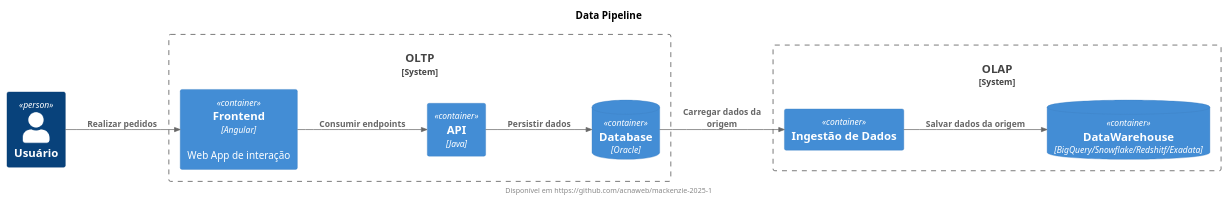
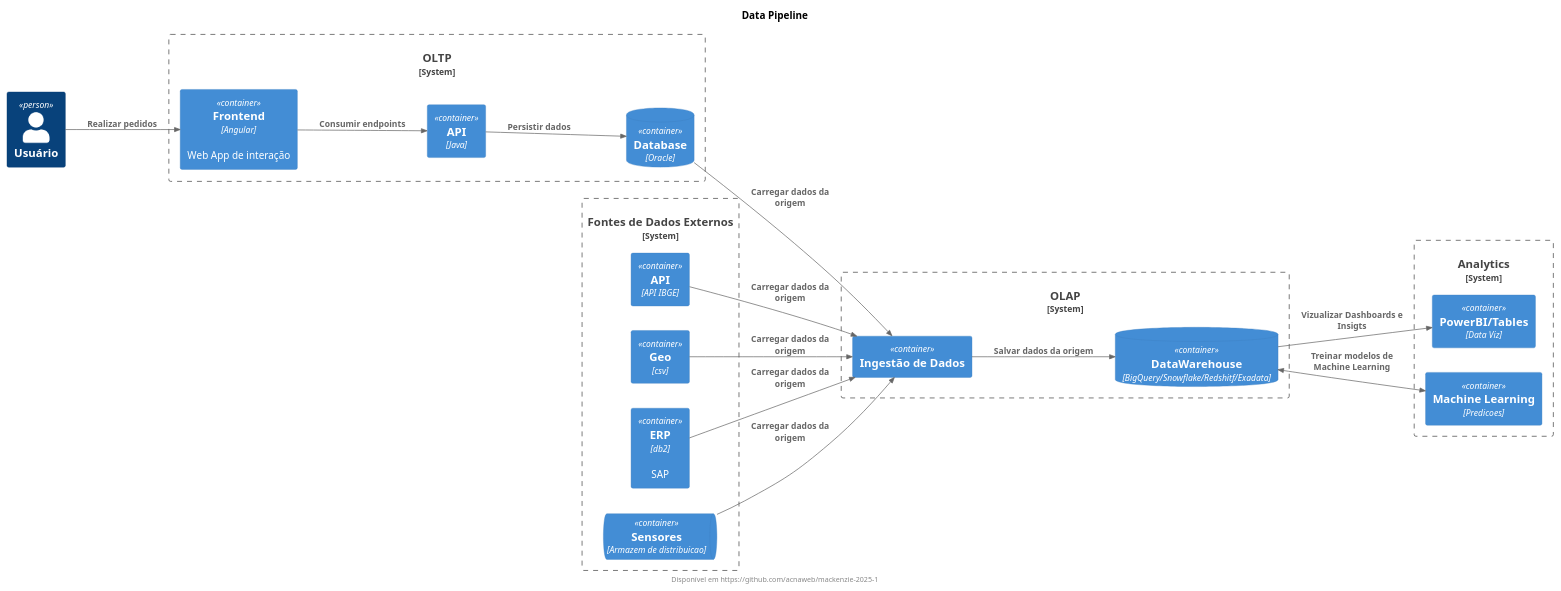
The diagram in diagrams/data_pipeline.puml (almeidacra/aula2025_1_DBRE-), drawn with PlantUML before and after one commit.

Commit message:
novos meios de entrada

```diff
--- a/diagrams/data_pipeline.puml
+++ b/diagrams/data_pipeline.puml
@@ -1,28 +1,46 @@
 @startuml diagram
 title Data Pipeline
 footer Disponível em https://github.com/acnaweb/mackenzie-2025-1
 
 !include https://raw.githubusercontent.com/plantuml-stdlib/C4-PlantUML/master/C4_Context.puml
 !include https://raw.githubusercontent.com/plantuml-stdlib/C4-PlantUML/master/C4_Container.puml
 LAYOUT_LANDSCAPE()
 
 Person(user, "Usuário")
 
 System_Boundary(oltp, "OLTP"){
     Container(frontend, "Frontend", "Angular", "Web App de interação")
     Container(api, "API", "Java")
     ContainerDb(db, "Database", "Oracle")
 }
 
+System_Boundary(data_sources, "Fontes de Dados Externos"){
+    Container(ibje, "API", "API IBGE")
+    Container(correio, "Geo", "csv")
+    Container(erp, "ERP", "db2", "SAP")
+    ContainerQueue(iot, "Sensores", "Armazem de distribuicao")
+}
+
+System_Boundary(analytics, "Analytics"){
+    Container(dataviz, "PowerBI/Tables", "Data Viz")
+    Container(ml, "Machine Learning", "Predicoes")
+}
+
 System_Boundary(olap, "OLAP"){
     Container(job, "Ingestão de Dados")
     ContainerDb(dw, "DataWarehouse", "BigQuery/Snowflake/Redshitf/Exadata")
     Rel(job, dw, "Salvar dados da origem")
 }
 
 Rel(user, frontend, "Realizar pedidos")
 Rel(frontend, api, "Consumir endpoints")
 Rel(api, db, "Persistir dados")
 Rel(db, job, "Carregar dados da origem")
+Rel(ibje, job, "Carregar dados da origem")
+Rel(correio, job, "Carregar dados da origem")
+Rel(erp, job, "Carregar dados da origem")
+Rel(iot, job, "Carregar dados da origem")
+Rel(dw, dataviz, "Vizualizar Dashboards e Insigts")
+BiRel(dw, ml, "Treinar modelos de Machine Learning ")
 
 @enduml
```
